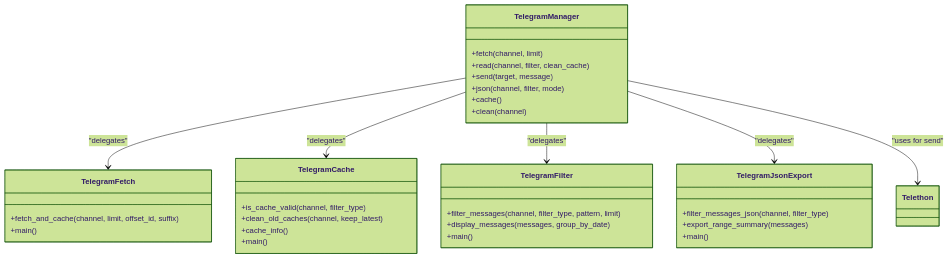
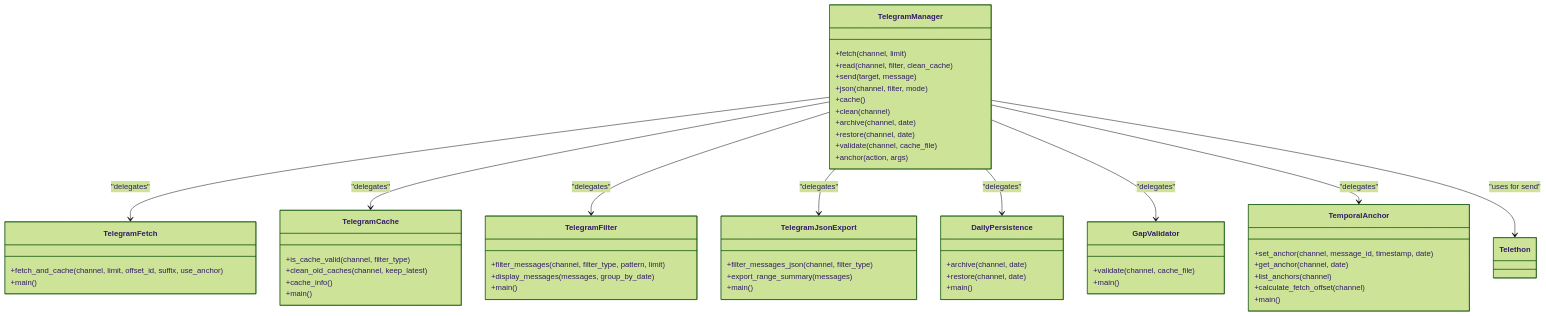
Before and after one commit to almazom/MCP-Fallback-Scripts: the third of 3 diagrams in .qoder/repowiki/en/content/Command Reference/Command Reference.md, drawn with Mermaid (forest theme). The commit also changed other lines of this file and 44 other files, not shown here.

````diff
--- a/.qoder/repowiki/en/content/Command Reference/Command Reference.md
+++ b/.qoder/repowiki/en/content/Command Reference/Command Reference.md
@@ -350,36 +465,59 @@
 ```mermaid
 classDiagram
 class TelegramManager {
 +fetch(channel, limit)
 +read(channel, filter, clean_cache)
 +send(target, message)
 +json(channel, filter, mode)
 +cache()
 +clean(channel)
++archive(channel, date)
++restore(channel, date)
++validate(channel, cache_file)
++anchor(action, args)
 }
 class TelegramFetch {
-+fetch_and_cache(channel, limit, offset_id, suffix)
++fetch_and_cache(channel, limit, offset_id, suffix, use_anchor)
 +main()
 }
 class TelegramCache {
 +is_cache_valid(channel, filter_type)
 +clean_old_caches(channel, keep_latest)
 +cache_info()
 +main()
 }
 class TelegramFilter {
 +filter_messages(channel, filter_type, pattern, limit)
 +display_messages(messages, group_by_date)
 +main()
 }
 class TelegramJsonExport {
 +filter_messages_json(channel, filter_type)
 +export_range_summary(messages)
 +main()
 }
+class DailyPersistence {
++archive(channel, date)
++restore(channel, date)
++main()
+}
+class GapValidator {
++validate(channel, cache_file)
++main()
+}
+class TemporalAnchor {
++set_anchor(channel, message_id, timestamp, date)
++get_anchor(channel, date)
++list_anchors(channel)
++calculate_fetch_offset(channel)
++main()
+}
 TelegramManager --> TelegramFetch : "delegates"
 TelegramManager --> TelegramCache : "delegates"
 TelegramManager --> TelegramFilter : "delegates"
 TelegramManager --> TelegramJsonExport : "delegates"
+TelegramManager --> DailyPersistence : "delegates"
+TelegramManager --> GapValidator : "delegates"
+TelegramManager --> TemporalAnchor : "delegates"
 TelegramManager --> Telethon : "uses for send"
 ```
````
